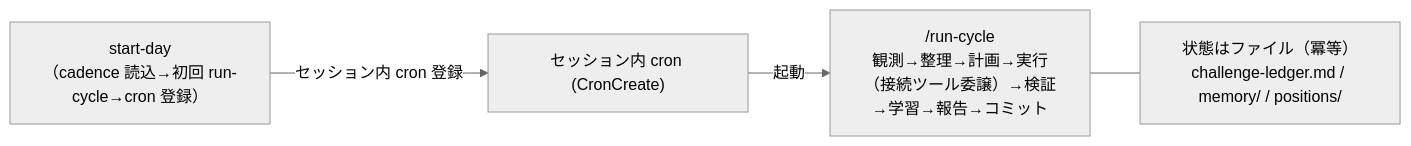
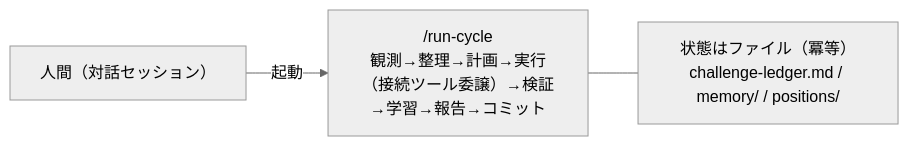
One commit to masanami/claude-flywheel changed the diagram in templates/runtime/README.md. Above: the diagram before and after it, drawn with Mermaid (neutral theme). The commit also changed other lines of this file and 32 other files, not shown here.

First line of the commit message:
feat(run-cycle): start-day（セッション内 cron の定期便）を廃止し、対話起動の前提に揃える (#165) (#166)

````diff
--- a/templates/runtime/README.md
+++ b/templates/runtime/README.md
@@ -18,6 +18,5 @@
 ```mermaid
 flowchart LR
-    startday["start-day<br/>（cadence 読込→初回 run-cycle→cron 登録）"] -->|セッション内 cron 登録| cron["セッション内 cron (CronCreate)"]
-    cron -->|起動| cycle["/run-cycle<br/>観測→整理→計画→実行（接続ツール委譲）→検証→学習→報告→コミット"]
+    human["人間（対話セッション）"] -->|起動| cycle["/run-cycle<br/>観測→整理→計画→実行（接続ツール委譲）→検証→学習→報告→コミット"]
     cycle --- state["状態はファイル（冪等）<br/>challenge-ledger.md / memory/ / positions/"]
 ```
````
